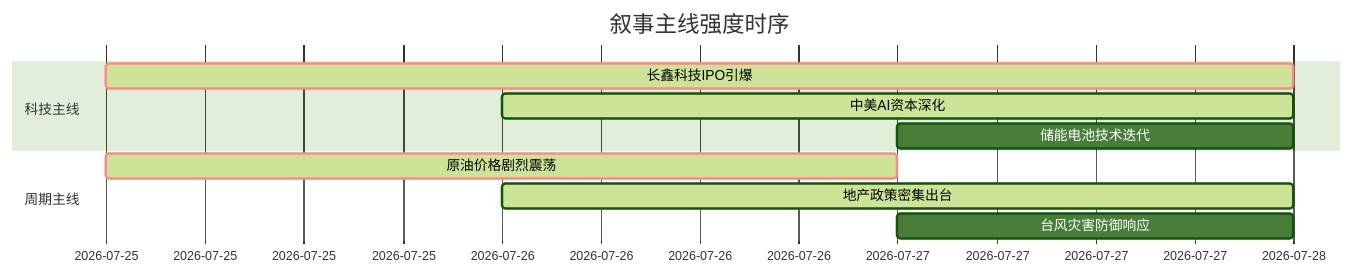
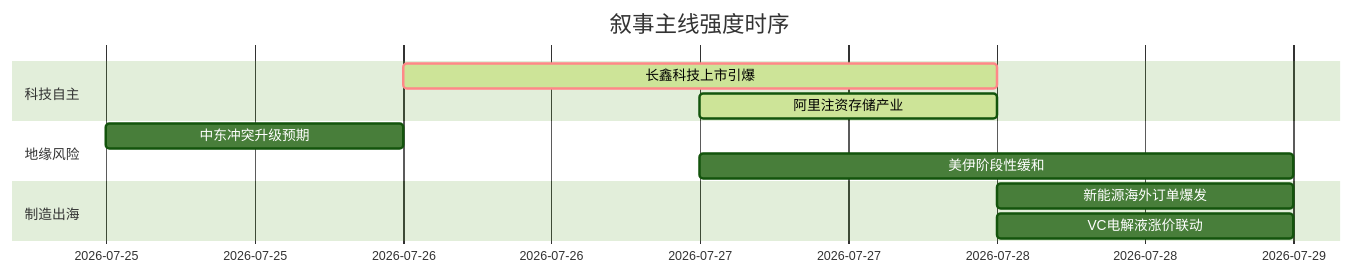
Before and after one commit to uu5zn/uu5zn.github.io: the diagram in 5day_report.md, drawn with Mermaid (forest theme). The commit also changed other lines of this file and 21 other files, not shown here.

````diff
--- a/5day_report.md
+++ b/5day_report.md
@@ -55,14 +56,16 @@
 ```mermaid
 gantt
     title 叙事主线强度时序
     dateFormat  YYYY-MM-DD
-    section 科技主线
-    长鑫科技IPO引爆   :crit, active, 2026-07-25, 3d
-    中美AI资本深化   :active, 2026-07-26, 2d
-    储能电池技术迭代   :2026-07-27, 1d
+    section 科技自主
+    长鑫科技上市引爆       :crit, active, 2026-07-26, 2d
+    阿里注资存储产业       :active, 2026-07-27, 1d
     
-    section 周期主线
-    原油价格剧烈震荡   :crit, active, 2026-07-25, 2d
-    地产政策密集出台   :active, 2026-07-26, 2d
-    台风灾害防御响应   :2026-07-27, 1d
+    section 地缘风险
+    中东冲突升级预期       :2026-07-25, 1d
+    美伊阶段性缓和         :2026-07-27, 2d
+    
+    section 制造出海
+    新能源海外订单爆发     :2026-07-28, 1d
+    VC电解液涨价联动       :2026-07-28, 1d
 ```
````
